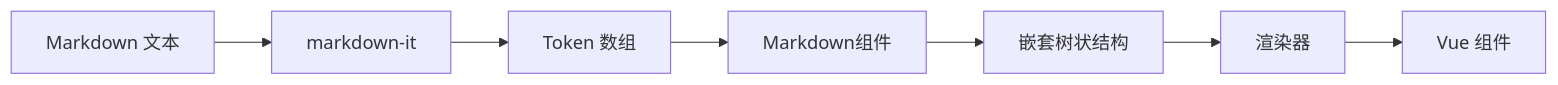
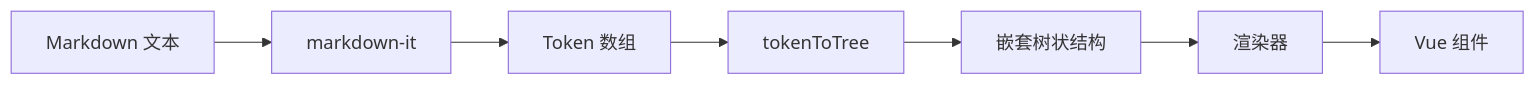
Before and after one commit to EralChen/vunk-markdown: the diagram in docs/pages/zh-CN/guide/parse/+Page.md, drawn with Mermaid. The commit also changed other lines of this file and 9 other files, not shown here.

````diff
--- a/docs/pages/zh-CN/guide/parse/+Page.md
+++ b/docs/pages/zh-CN/guide/parse/+Page.md
@@ -13,9 +13,9 @@
 ```mermaid
 graph LR
     A[Markdown 文本] --> B[markdown-it]
     B --> C[Token 数组]
-    C --> D[Markdown组件]
+    C --> D[tokenToTree]
     D --> E[嵌套树状结构]
     E --> F[渲染器]
     F --> G[Vue 组件]
 ```
````
